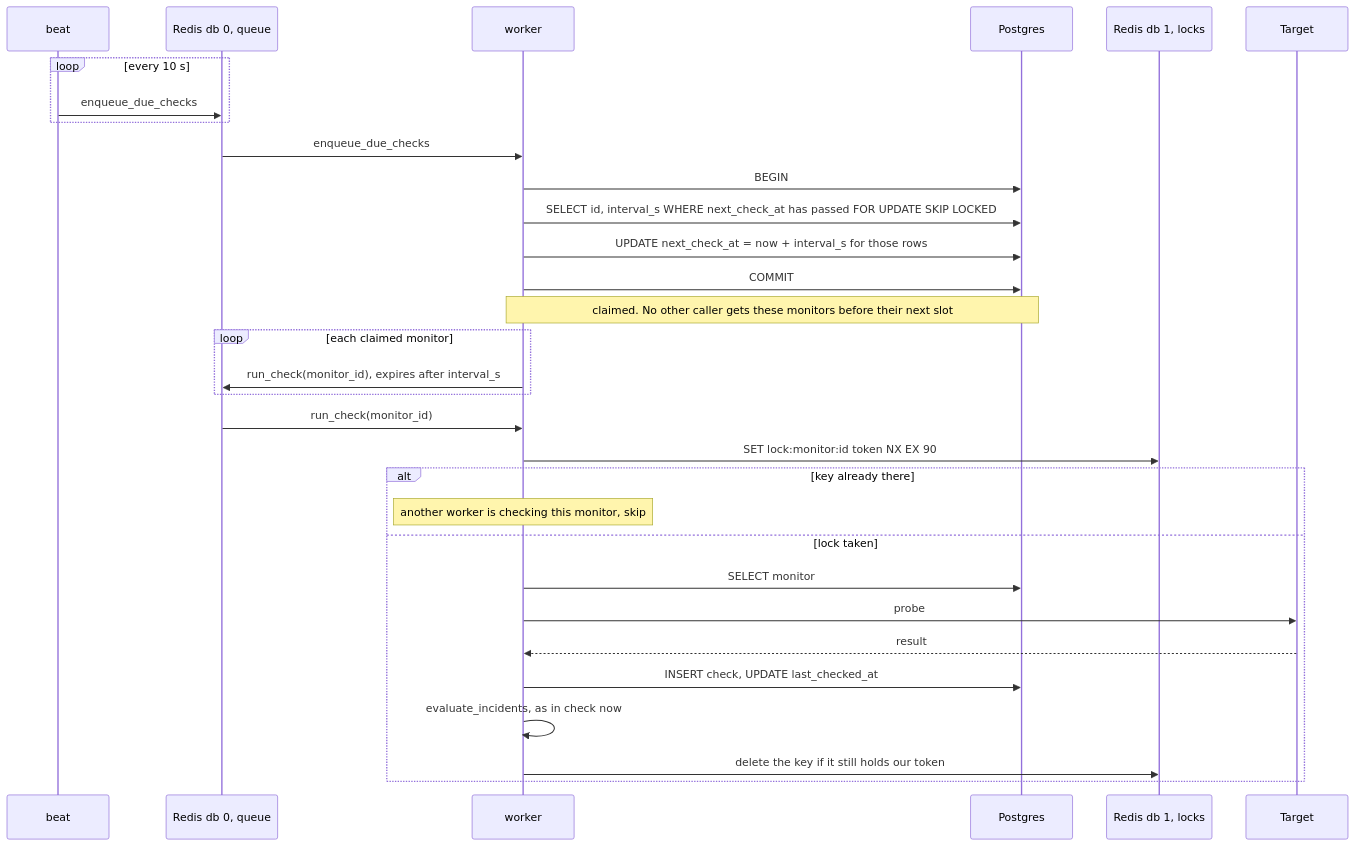
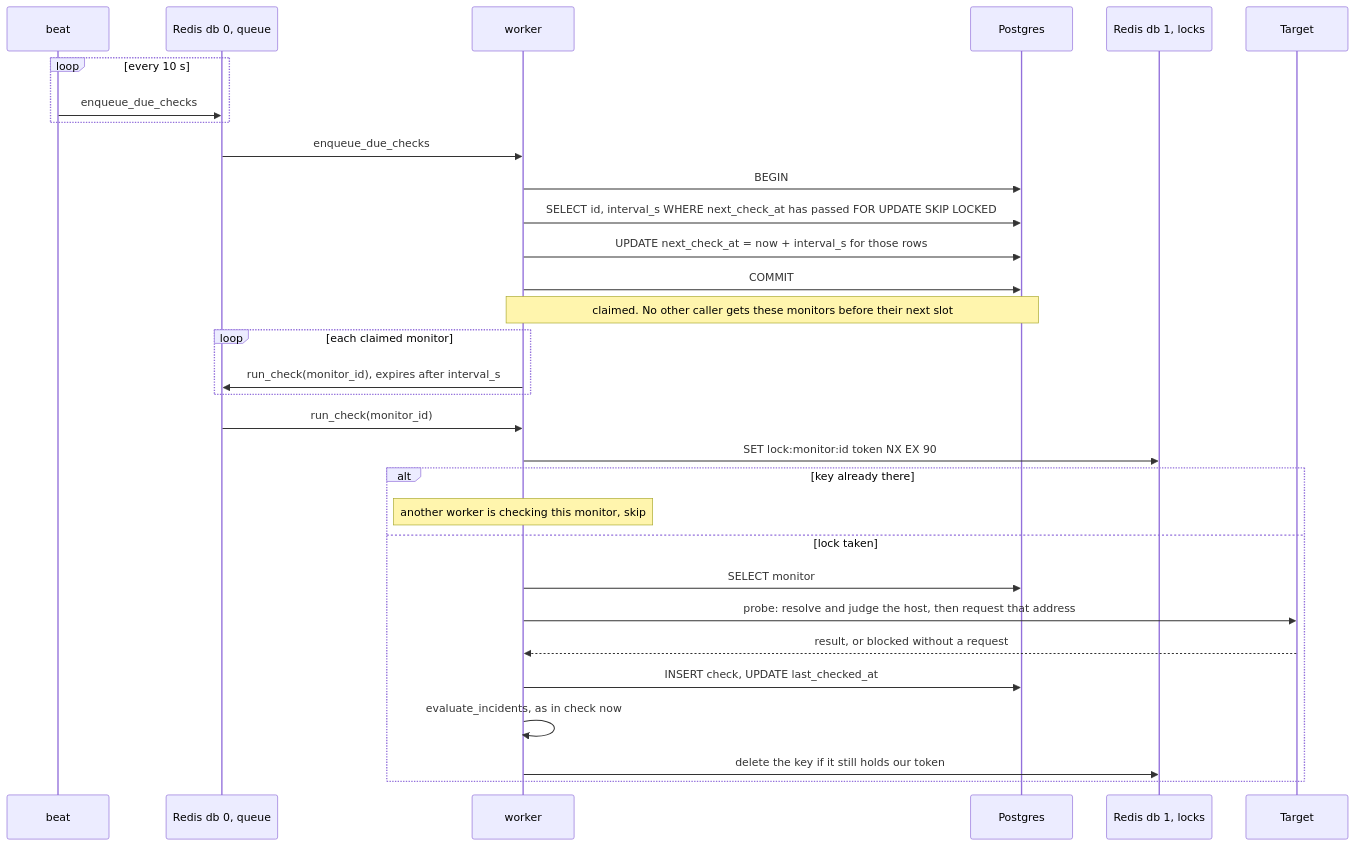
The eighth of 12 diagrams in ARCHITECTURE.md (wbaghdadi20/pulse), drawn with Mermaid before and after one commit. The commit also changed other lines of this file, not shown here.

Commit message:
docs: bring the C4 diagrams, data model and flows up to date for D8

````diff
--- a/ARCHITECTURE.md
+++ b/ARCHITECTURE.md
@@ -318,34 +418,34 @@
 ```mermaid
 sequenceDiagram
     participant B as beat
     participant R0 as Redis db 0, queue
     participant W as worker
     participant DB as Postgres
     participant R1 as Redis db 1, locks
     participant T as Target
 
     loop every 10 s
         B->>R0: enqueue_due_checks
     end
     R0->>W: enqueue_due_checks
     W->>DB: BEGIN
     W->>DB: SELECT id, interval_s WHERE next_check_at has passed FOR UPDATE SKIP LOCKED
     W->>DB: UPDATE next_check_at = now + interval_s for those rows
     W->>DB: COMMIT
     Note over W,DB: claimed. No other caller gets these monitors before their next slot
     loop each claimed monitor
         W->>R0: run_check(monitor_id), expires after interval_s
     end
     R0->>W: run_check(monitor_id)
     W->>R1: SET lock:monitor:id token NX EX 90
     alt key already there
         Note over W: another worker is checking this monitor, skip
     else lock taken
         W->>DB: SELECT monitor
-        W->>T: probe
-        T-->>W: result
+        W->>T: probe: resolve and judge the host, then request that address
+        T-->>W: result, or blocked without a request
         W->>DB: INSERT check, UPDATE last_checked_at
         W->>W: evaluate_incidents, as in check now
         W->>R1: delete the key if it still holds our token
     end
 ```
````
